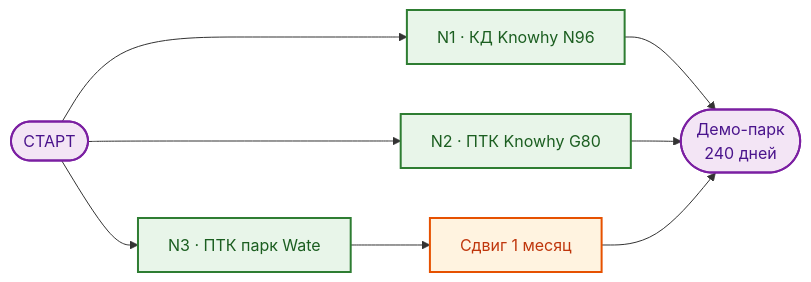
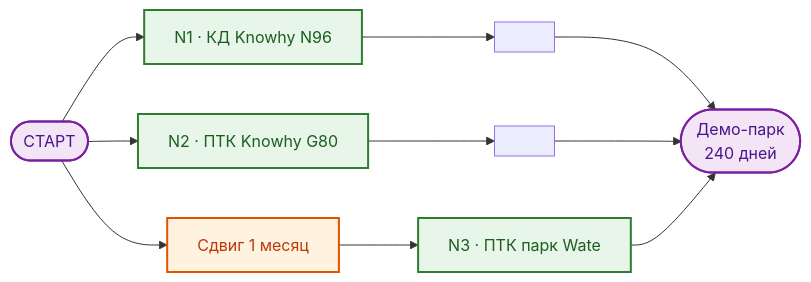
The first of 5 diagrams in 04__Договор/pre-contract-negotiations.md (Konkery/Project-8_2026-N0-HORIZON), drawn with Mermaid before and after one commit. The commit also changed other lines of this file and 1 other file, not shown here.

Commit message:
docs(report): доводка 5.1 — N1/N2/Сдвиг в колонке старта, N3 после Сдвига (spacer-узлы [' '] c classDef ghost; пустые [''] дают parse error в бандле mermaid). ВЕРИФИКАЦИЯ: pages=15, outline=43, утечек=0; центры x: СТАРТ 34 < N1=N2=Сдвиг 82 < N3 129 < Демо 176 мм. Журнал 4.18.

````diff
--- a/04__Договор/pre-contract-negotiations.md
+++ b/04__Договор/pre-contract-negotiations.md
@@ -370,15 +376,17 @@
 ```mermaid
 flowchart LR
     classDef storage fill:#E3F2FD,stroke:#1565C0,stroke-width:2px,color:#0D47A1;
     classDef engine  fill:#FFF3E0,stroke:#E65100,stroke-width:2px,color:#BF360C;
     classDef lib     fill:#E8F5E9,stroke:#2E7D32,stroke-width:2px,color:#1B5E20;
     classDef output  fill:#F3E5F5,stroke:#7B1FA2,stroke-width:2px,color:#4A148C;
 
     S([СТАРТ]):::output --> N1[N1 · КД Knowhy N96]:::lib
     S --> N2[N2 · ПТК Knowhy G80]:::lib
-    S --> N3[N3 · ПТК парк Wate]:::lib
-    N1 --> DEMO([Демо-парк<br/>240 дней]):::output
-    N2 --> DEMO
-    N3 --> SHIFT[Сдвиг 1 месяц]:::engine
-    SHIFT --> DEMO
+    S --> SHIFT[Сдвиг 1 месяц]:::engine
+    SHIFT --> N3[N3 · ПТК парк Wate]:::lib
+    N1 --> G1:::ghost
+    N2 --> G2:::ghost
+    G1[" "] --> DEMO([Демо-парк<br/>240 дней]):::output
+    G2[" "] --> DEMO
+    N3 --> DEMO
 ```
````
